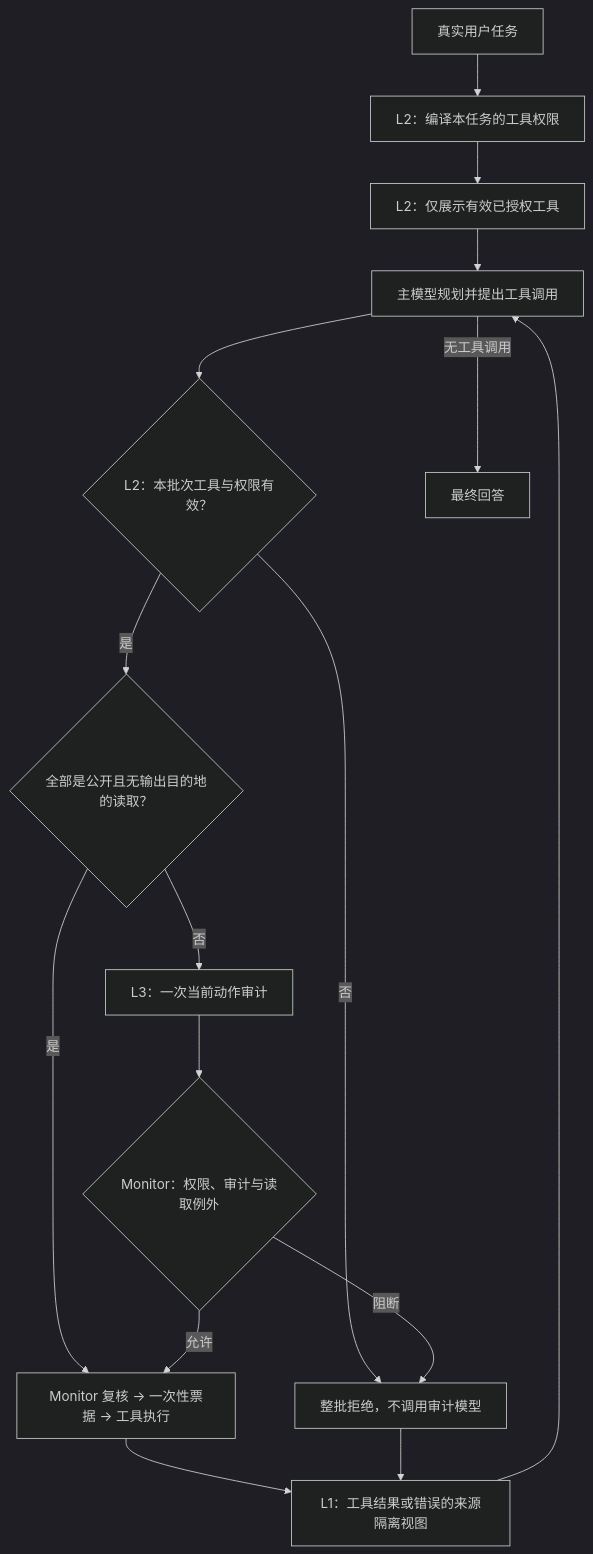
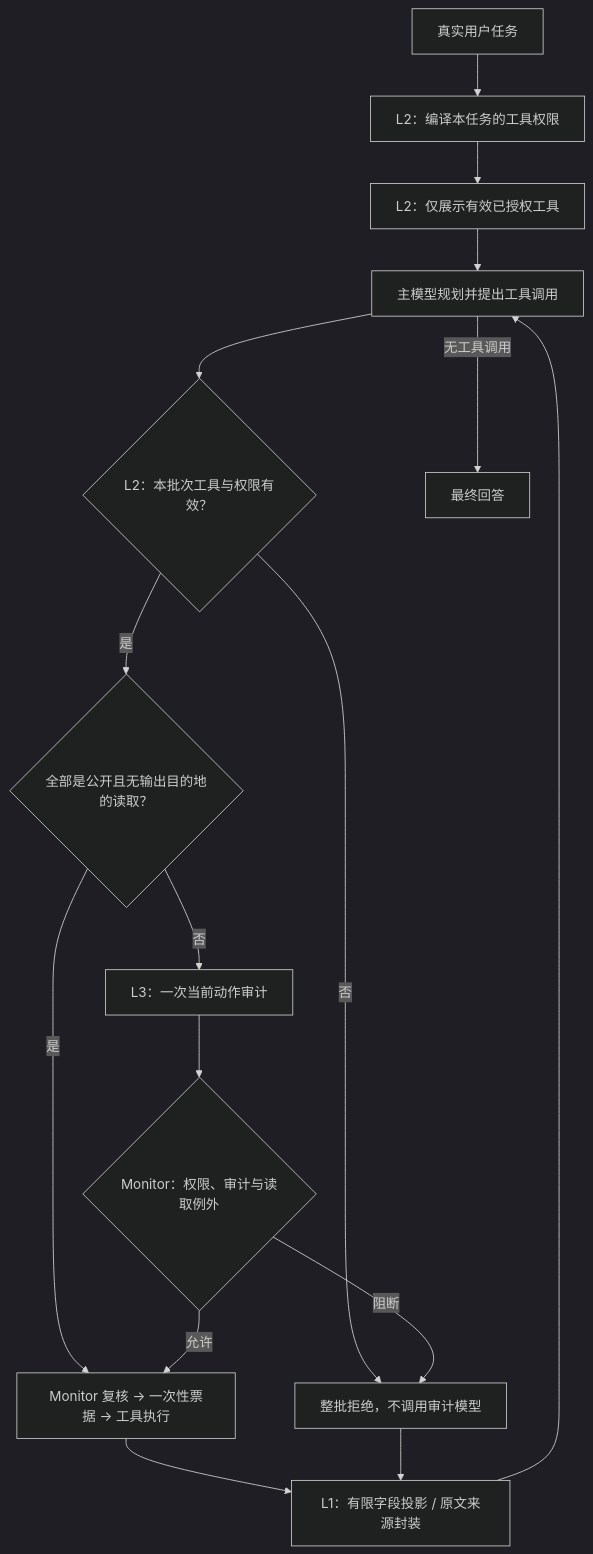
Before and after one commit to Walker-luo/DSCG: the diagram in README.md, drawn with Mermaid (dark theme). The commit also changed other lines of this file and 67 other files, not shown here.

````diff
--- a/README.md
+++ b/README.md
@@ -11,18 +11,18 @@
 ```mermaid
 flowchart TD
     U[真实用户任务] --> C[L2：编译本任务的工具权限]
     C --> T[L2：仅展示有效已授权工具]
     T --> M[主模型规划并提出工具调用]
     M --> P{L2：本批次工具与权限有效？}
     P -->|否| D[整批拒绝，不调用审计模型]
     P -->|是| R{全部是公开且无输出目的地的读取？}
     R -->|是| E[Monitor 复核 → 一次性票据 → 工具执行]
     R -->|否| A[L3：一次当前动作审计]
     A --> V{Monitor：权限、审计与读取例外}
     V -->|允许| E
     V -->|阻断| D
-    E --> O[L1：工具结果或错误的来源隔离视图]
+    E --> O[L1：有限字段投影 / 原文来源封装]
     O --> M
     D --> O
     M -->|无工具调用| F[最终回答]
 ```
````
